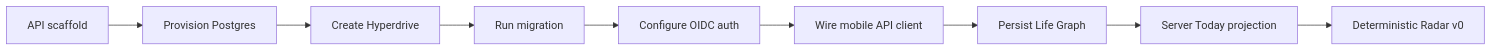
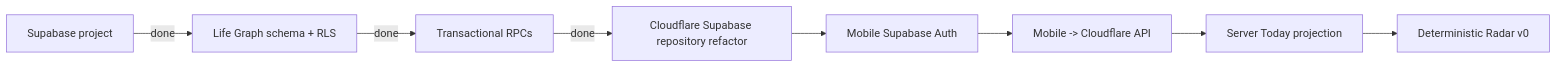
One commit to seq23/aplayer-mode changed the fourth of 4 diagrams in docs/16-BACKEND-FOUNDATION.md. Above: the diagram before and after it, drawn with Mermaid. The commit also changed other lines of this file, not shown here.

Commit message:
docs: lock Supabase and Cloudflare backend foundation

````diff
--- a/docs/16-BACKEND-FOUNDATION.md
+++ b/docs/16-BACKEND-FOUNDATION.md
@@ -180,11 +185,10 @@
 ```mermaid
 flowchart LR
-  A[API scaffold] --> B[Provision Postgres]
-  B --> C[Create Hyperdrive]
-  C --> D[Run migration]
-  D --> E[Configure OIDC auth]
-  E --> F[Wire mobile API client]
-  F --> G[Persist Life Graph]
-  G --> H[Server Today projection]
-  H --> I[Deterministic Radar v0]
+  A[Supabase project] -->|done| B[Life Graph schema + RLS]
+  B -->|done| C[Transactional RPCs]
+  C -->|done| D[Cloudflare Supabase repository refactor]
+  D --> E[Mobile Supabase Auth]
+  E --> F[Mobile -> Cloudflare API]
+  F --> G[Server Today projection]
+  G --> H[Deterministic Radar v0]
 ```
````
